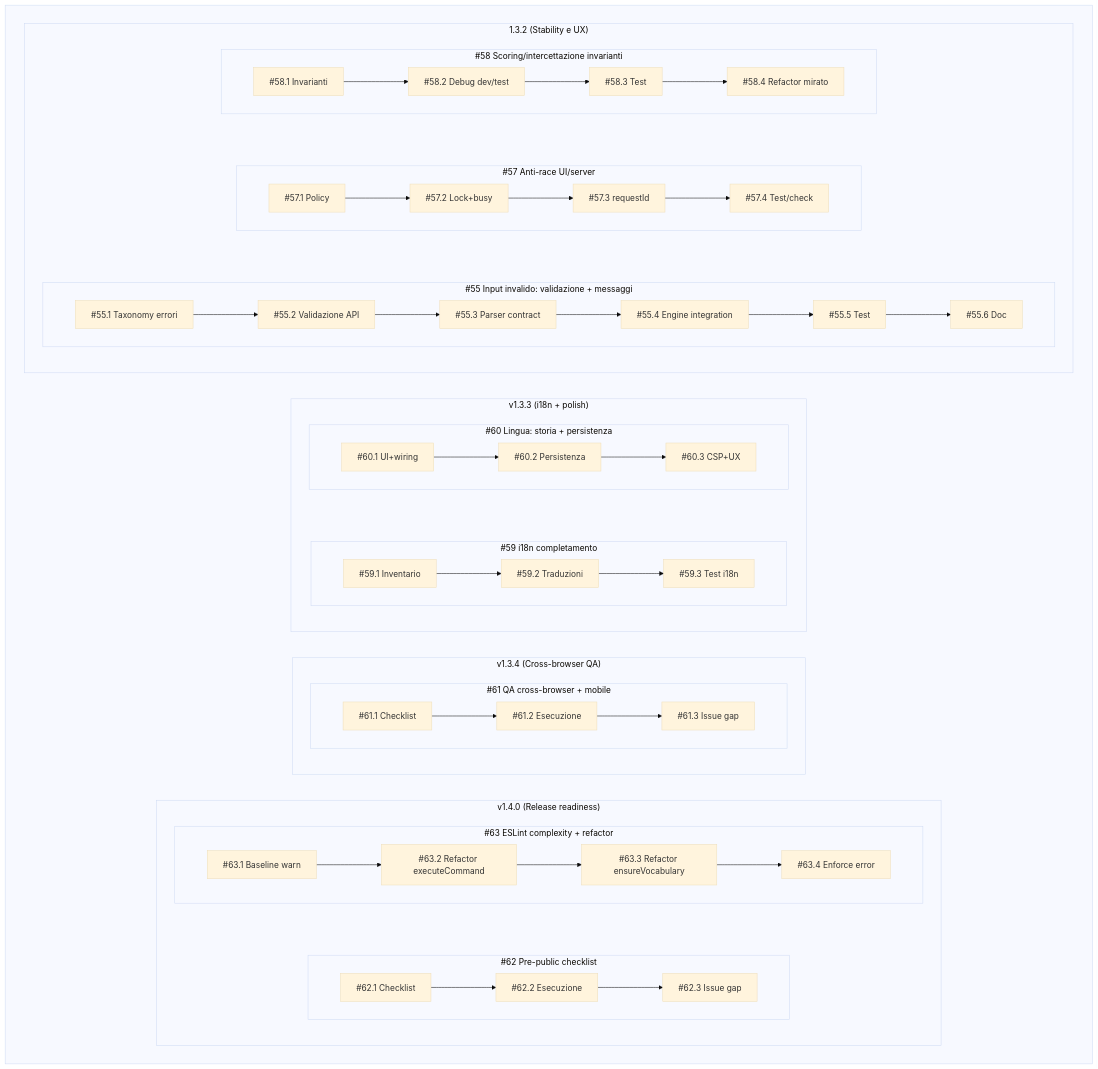
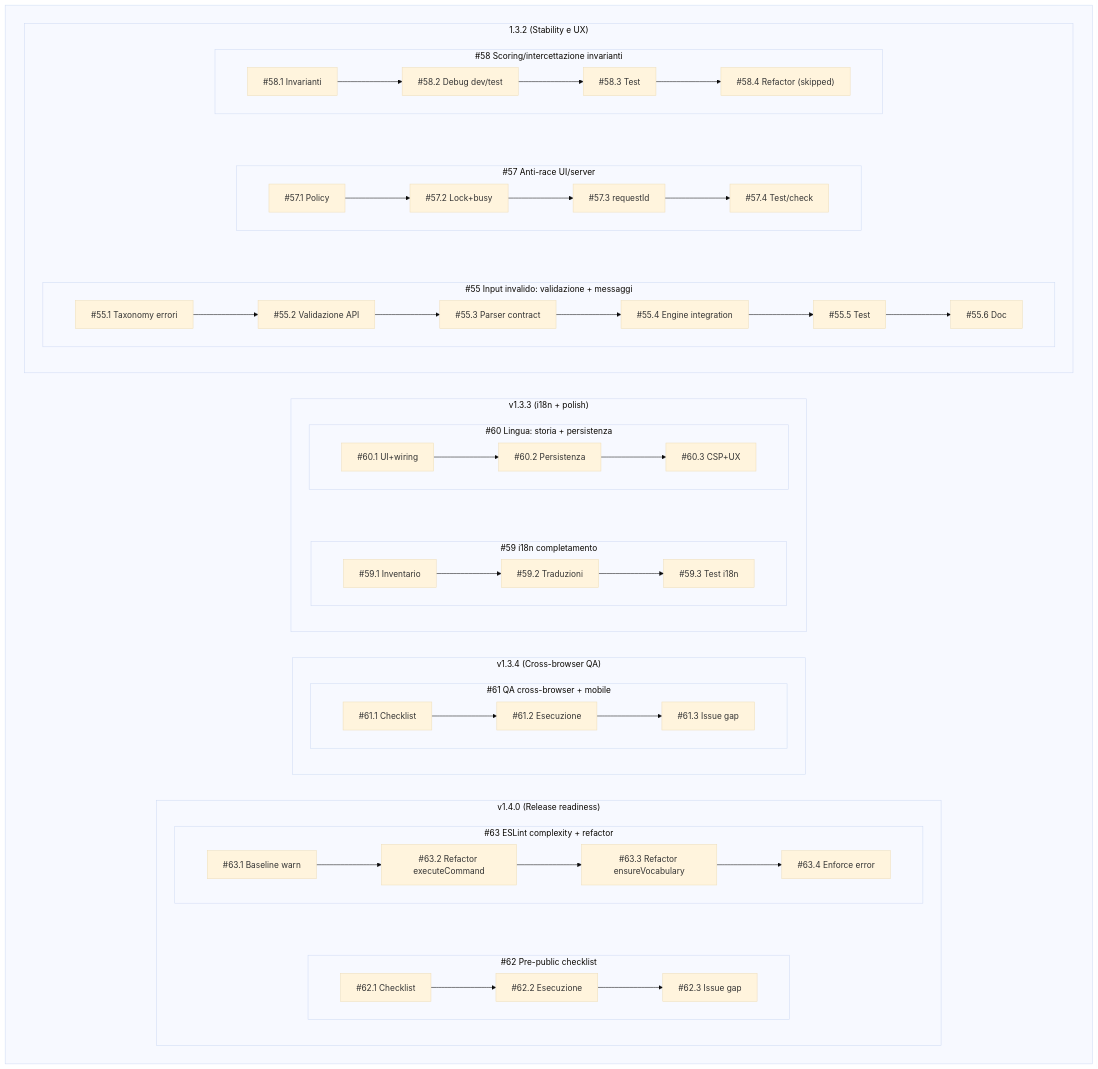
Before and after one commit to Aqualung61/MissioneOdessa: the second of 2 diagrams in docs/20260113_nextsteps.md, drawn with Mermaid (base theme). The commit also changed other lines of this file, not shown here.

Commit message:
Docs: mark Issue #58.4 as skipped and close Issue #58

````diff
--- a/docs/20260113_nextsteps.md
+++ b/docs/20260113_nextsteps.md
@@ -105,68 +105,68 @@
 ```mermaid
 flowchart TB
 
   %% Nota: rappresentazione “sequenziale” degli sprint previsti per issue.
   %% Ogni catena indica l’ordine consigliato di esecuzione interno all’issue.
 
   %% Layout richiesto:
   %% - milestone allineate in alto, ordinate da sinistra a destra (decrescente)
   %% - dentro ogni milestone: issues dall’alto al basso (decrescente)
 
   subgraph PLAN[" "]
     direction LR
 
     subgraph M140S["v1.4.0 (Release readiness)"]
       direction TB
       subgraph I63S["#63 ESLint complexity + refactor"]
         direction LR
         S631["#63.1 Baseline warn"] --> S632["#63.2 Refactor executeCommand"] --> S633["#63.3 Refactor ensureVocabulary"] --> S634["#63.4 Enforce error"]
       end
       subgraph I62S["#62 Pre-public checklist"]
         direction LR
         S621["#62.1 Checklist"] --> S622["#62.2 Esecuzione"] --> S623["#62.3 Issue gap"]
       end
       %% Forza ordine verticale issue: 63 -> 62
       S631 ~~~ S621
     end
 
     subgraph M134S["v1.3.4 (Cross-browser QA)"]
       direction TB
       subgraph I61S["#61 QA cross-browser + mobile"]
         direction LR
         S611["#61.1 Checklist"] --> S612["#61.2 Esecuzione"] --> S613["#61.3 Issue gap"]
       end
     end
 
     subgraph M133S["v1.3.3 (i18n + polish)"]
       direction TB
       subgraph I60S["#60 Lingua: storia + persistenza"]
         direction LR
         S601["#60.1 UI+wiring"] --> S602["#60.2 Persistenza"] --> S603["#60.3 CSP+UX"]
       end
       subgraph I59S["#59 i18n completamento"]
         direction LR
         S591["#59.1 Inventario"] --> S592["#59.2 Traduzioni"] --> S593["#59.3 Test i18n"]
       end
       %% Forza ordine verticale issue: 60 -> 59
       S601 ~~~ S591
     end
 
     subgraph M132S["1.3.2 (Stability e UX)"]
       direction TB
       subgraph I58S["#58 Scoring/intercettazione invarianti"]
         direction LR
-        S581["#58.1 Invarianti"] --> S582["#58.2 Debug dev/test"] --> S583["#58.3 Test"] --> S584["#58.4 Refactor mirato"]
+        S581["#58.1 Invarianti"] --> S582["#58.2 Debug dev/test"] --> S583["#58.3 Test"] --> S584["#58.4 Refactor (skipped)"]
       end
       subgraph I57S["#57 Anti-race UI/server"]
         direction LR
         S571["#57.1 Policy"] --> S572["#57.2 Lock+busy"] --> S573["#57.3 requestId"] --> S574["#57.4 Test/check"]
       end
       subgraph I55S["#55 Input invalido: validazione + messaggi"]
         direction LR
         S551["#55.1 Taxonomy errori"] --> S552["#55.2 Validazione API"] --> S553["#55.3 Parser contract"] --> S554["#55.4 Engine integration"] --> S555["#55.5 Test"] --> S556["#55.6 Doc"]
       end
       %% Forza ordine verticale issue: 58 -> 57 -> 55
       S581 ~~~ S571 ~~~ S551
     end
   end
 ```
````
